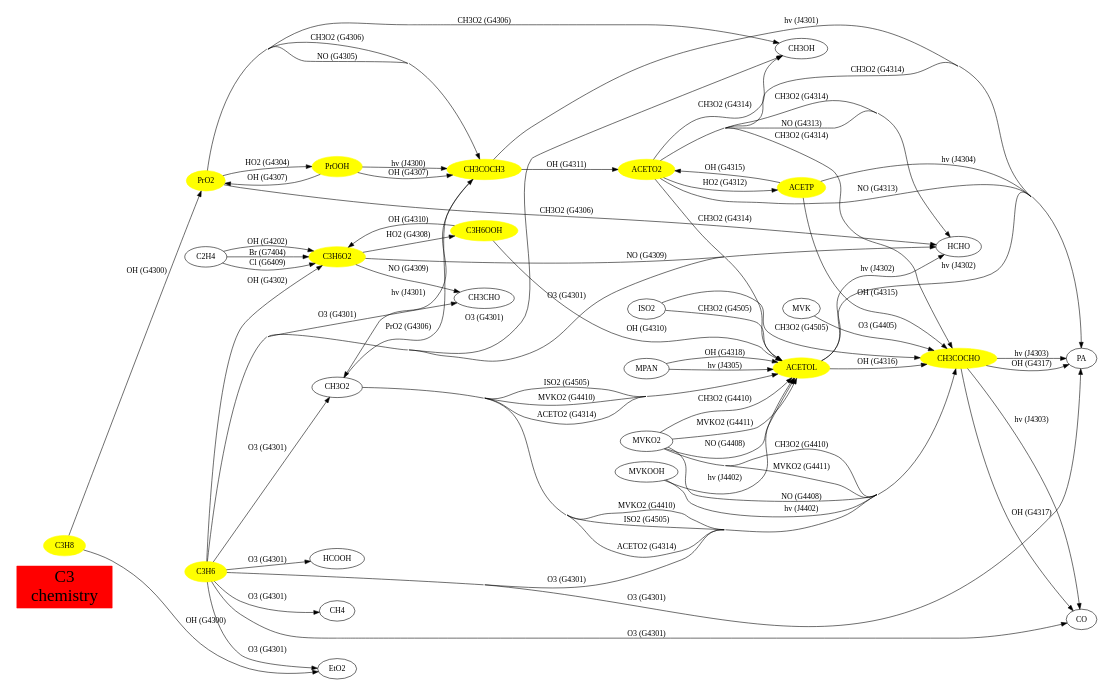
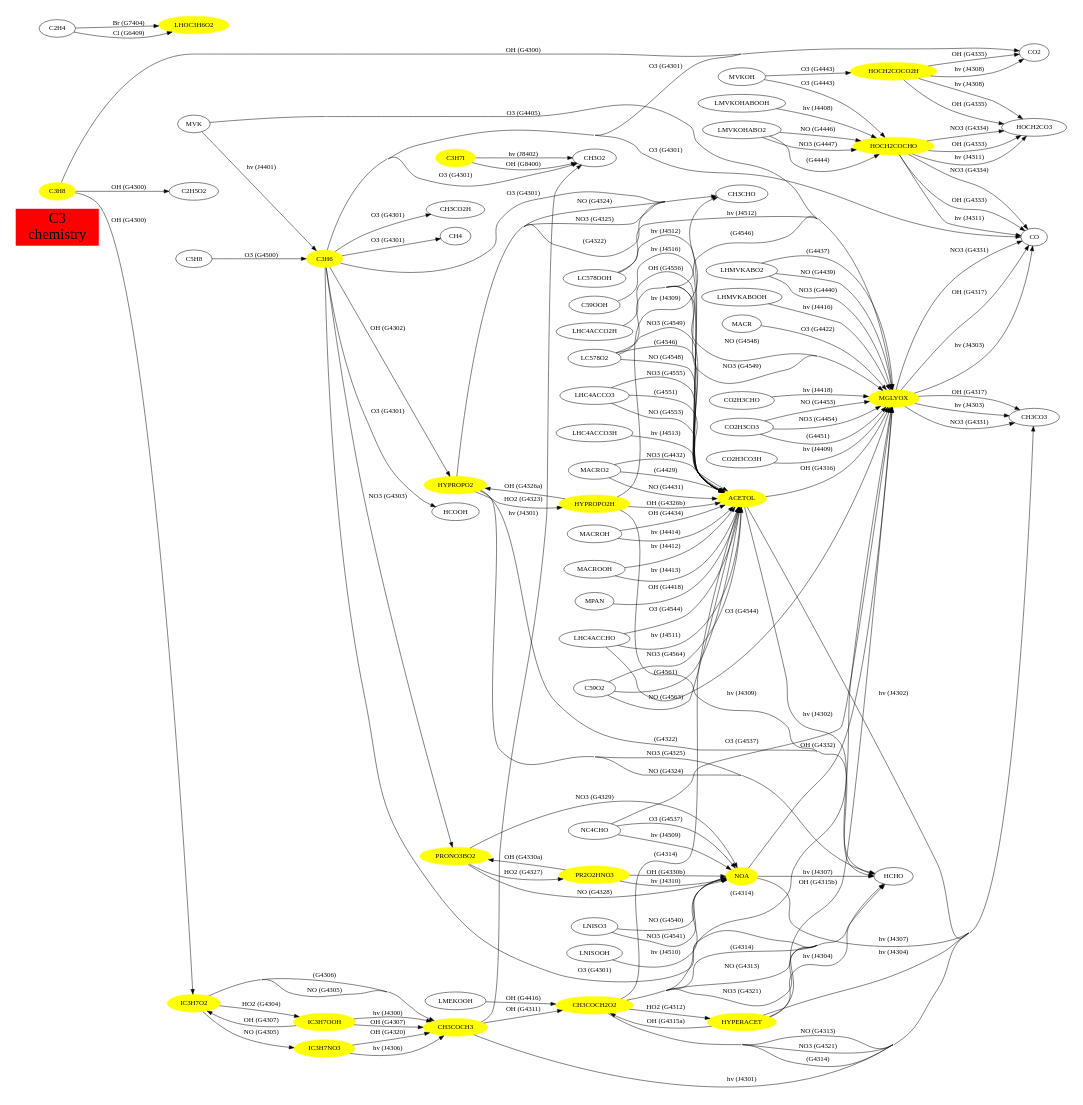
The diagram in mecca/graphviz/C3.dot (HartwigHarder/CAABA), drawn with Graphviz before and after one commit. The commit also changed 218 other files, not shown here.

```diff
--- a/mecca/graphviz/C3.dot
+++ b/mecca/graphviz/C3.dot
@@ -1,95 +1,168 @@
 // Created automatically by xgraphviz, DO NOT EDIT!
 digraph C3 {
   concentrate=true;
   rankdir=LR;
   size="8,8";
 "C3\nchemistry"
   [shape=box, fontsize=30,
   style="filled", color=red];
 subgraph species {
 node[shape=oval,
   color=yellow,
   style="filled"];
-ACETO2
 ACETOL
-ACETP
 C3H6
-C3H6O2
-C3H6OOH
+C3H7I
 C3H8
+CH3COCH2O2
 CH3COCH3
-CH3COCHO
-PrO2
-PrOOH
+HOCH2COCHO
+HOCH2COCO2H
+HYPERACET
+HYPROPO2
+HYPROPO2H
+IC3H7NO3
+IC3H7O2
+IC3H7OOH
+LHOC3H6O2
+MGLYOX
+NOA
+PR2O2HNO3
+PRONO3BO2
 }
-ACETO2 -> ACETOL [label = "CH3O2 (G4314)"];
-ACETO2 -> ACETP [label = "HO2 (G4312)"];
-ACETO2 -> CH3COCHO [label = "CH3O2 (G4314)"];
-ACETO2 -> CH3OH [label = "CH3O2 (G4314)"];
-ACETO2 -> HCHO [label = "CH3O2 (G4314)"];
-ACETO2 -> HCHO [label = "NO (G4313)"];
-ACETO2 -> PA [label = "CH3O2 (G4314)"];
-ACETO2 -> PA [label = "NO (G4313)"];
-ACETOL -> CH3COCHO [label = "OH (G4316)"];
+ACETOL -> CH3CO3 [label = "hv (J4302)"];
 ACETOL -> HCHO [label = "hv (J4302)"];
-ACETOL -> PA [label = "hv (J4302)"];
-ACETP -> ACETO2 [label = "OH (G4315)"];
-ACETP -> CH3COCHO [label = "OH (G4315)"];
-ACETP -> PA [label = "hv (J4304)"];
-C2H4 -> C3H6O2 [label = "Br (G7404)"];
-C2H4 -> C3H6O2 [label = "Cl (G6409)"];
-C2H4 -> C3H6O2 [label = "OH (G4202)"];
-C3H6 -> C3H6O2 [label = "OH (G4302)"];
+ACETOL -> MGLYOX [label = "OH (G4316)"];
+C2H4 -> LHOC3H6O2 [label = "Br (G7404)"];
+C2H4 -> LHOC3H6O2 [label = "Cl (G6409)"];
 C3H6 -> CH3CHO [label = "O3 (G4301)"];
-C3H6 -> CH3COCHO [label = "O3 (G4301)"];
+C3H6 -> CH3CO2H [label = "O3 (G4301)"];
 C3H6 -> CH3O2 [label = "O3 (G4301)"];
-C3H6 -> CH3OH [label = "O3 (G4301)"];
 C3H6 -> CH4 [label = "O3 (G4301)"];
 C3H6 -> CO [label = "O3 (G4301)"];
-C3H6 -> EtO2 [label = "O3 (G4301)"];
+C3H6 -> CO2 [label = "O3 (G4301)"];
 C3H6 -> HCHO [label = "O3 (G4301)"];
 C3H6 -> HCOOH [label = "O3 (G4301)"];
-C3H6 -> PA [label = "O3 (G4301)"];
-C3H6O2 -> C3H6OOH [label = "HO2 (G4308)"];
-C3H6O2 -> CH3CHO [label = "NO (G4309)"];
-C3H6O2 -> HCHO [label = "NO (G4309)"];
-C3H6OOH -> ACETOL [label = "OH (G4310)"];
-C3H6OOH -> C3H6O2 [label = "OH (G4310)"];
-C3H8 -> EtO2 [label = "OH (G4300)"];
-C3H8 -> PrO2 [label = "OH (G4300)"];
-CH3COCH3 -> ACETO2 [label = "OH (G4311)"];
+C3H6 -> HYPROPO2 [label = "OH (G4302)"];
+C3H6 -> PRONO3BO2 [label = "NO3 (G4303)"];
+C3H7I -> CH3O2 [label = "OH (G8400)"];
+C3H7I -> CH3O2 [label = "hv (J8402)"];
+C3H8 -> C2H5O2 [label = "OH (G4300)"];
+C3H8 -> CO2 [label = "OH (G4300)"];
+C3H8 -> IC3H7O2 [label = "OH (G4300)"];
+C59O2 -> ACETOL [label = " (G4561)"];
+C59O2 -> ACETOL [label = "NO (G4563)"];
+C59O2 -> ACETOL [label = "NO3 (G4564)"];
+C59OOH -> ACETOL [label = "hv (J4516)"];
+C5H8 -> C3H6 [label = "O3 (G4500)"];
+CH3COCH2O2 -> ACETOL [label = " (G4314)"];
+CH3COCH2O2 -> CH3CO3 [label = " (G4314)"];
+CH3COCH2O2 -> CH3CO3 [label = "NO (G4313)"];
+CH3COCH2O2 -> CH3CO3 [label = "NO3 (G4321)"];
+CH3COCH2O2 -> HCHO [label = " (G4314)"];
+CH3COCH2O2 -> HCHO [label = "NO (G4313)"];
+CH3COCH2O2 -> HCHO [label = "NO3 (G4321)"];
+CH3COCH2O2 -> HYPERACET [label = "HO2 (G4312)"];
+CH3COCH2O2 -> MGLYOX [label = " (G4314)"];
+CH3COCH3 -> CH3CO3 [label = "hv (J4301)"];
+CH3COCH3 -> CH3COCH2O2 [label = "OH (G4311)"];
 CH3COCH3 -> CH3O2 [label = "hv (J4301)"];
-CH3COCH3 -> PA [label = "hv (J4301)"];
-CH3COCHO -> CO [label = "OH (G4317)"];
-CH3COCHO -> CO [label = "hv (J4303)"];
-CH3COCHO -> PA [label = "OH (G4317)"];
-CH3COCHO -> PA [label = "hv (J4303)"];
-CH3O2 -> ACETOL [label = "ACETO2 (G4314)"];
-CH3O2 -> ACETOL [label = "ISO2 (G4505)"];
-CH3O2 -> ACETOL [label = "MVKO2 (G4410)"];
-CH3O2 -> CH3COCH3 [label = "PrO2 (G4306)"];
-CH3O2 -> CH3COCHO [label = "ACETO2 (G4314)"];
-CH3O2 -> CH3COCHO [label = "ISO2 (G4505)"];
-CH3O2 -> CH3COCHO [label = "MVKO2 (G4410)"];
-ISO2 -> ACETOL [label = "CH3O2 (G4505)"];
-ISO2 -> CH3COCHO [label = "CH3O2 (G4505)"];
-MPAN -> ACETOL [label = "OH (G4318)"];
-MPAN -> ACETOL [label = "hv (J4305)"];
-MVK -> CH3COCHO [label = "O3 (G4405)"];
-MVKO2 -> ACETOL [label = "CH3O2 (G4410)"];
-MVKO2 -> ACETOL [label = "MVKO2 (G4411)"];
-MVKO2 -> ACETOL [label = "NO (G4408)"];
-MVKO2 -> CH3COCHO [label = "CH3O2 (G4410)"];
-MVKO2 -> CH3COCHO [label = "MVKO2 (G4411)"];
-MVKO2 -> CH3COCHO [label = "NO (G4408)"];
-MVKOOH -> ACETOL [label = "hv (J4402)"];
-MVKOOH -> CH3COCHO [label = "hv (J4402)"];
-PrO2 -> CH3COCH3 [label = "CH3O2 (G4306)"];
-PrO2 -> CH3COCH3 [label = "NO (G4305)"];
-PrO2 -> CH3OH [label = "CH3O2 (G4306)"];
-PrO2 -> HCHO [label = "CH3O2 (G4306)"];
-PrO2 -> PrOOH [label = "HO2 (G4304)"];
-PrOOH -> CH3COCH3 [label = "OH (G4307)"];
-PrOOH -> CH3COCH3 [label = "hv (J4300)"];
-PrOOH -> PrO2 [label = "OH (G4307)"];
+CO2H3CHO -> MGLYOX [label = "hv (J4418)"];
+CO2H3CO3 -> MGLYOX [label = " (G4451)"];
+CO2H3CO3 -> MGLYOX [label = "NO (G4453)"];
+CO2H3CO3 -> MGLYOX [label = "NO3 (G4454)"];
+CO2H3CO3H -> MGLYOX [label = "hv (J4409)"];
+HOCH2COCHO -> CO [label = "NO3 (G4334)"];
+HOCH2COCHO -> CO [label = "OH (G4333)"];
+HOCH2COCHO -> CO [label = "hv (J4311)"];
+HOCH2COCHO -> HOCH2CO3 [label = "NO3 (G4334)"];
+HOCH2COCHO -> HOCH2CO3 [label = "OH (G4333)"];
+HOCH2COCHO -> HOCH2CO3 [label = "hv (J4311)"];
+HOCH2COCO2H -> CO2 [label = "OH (G4335)"];
+HOCH2COCO2H -> CO2 [label = "hv (J4308)"];
+HOCH2COCO2H -> HOCH2CO3 [label = "OH (G4335)"];
+HOCH2COCO2H -> HOCH2CO3 [label = "hv (J4308)"];
+HYPERACET -> CH3CO3 [label = "hv (J4304)"];
+HYPERACET -> CH3COCH2O2 [label = "OH (G4315a)"];
+HYPERACET -> HCHO [label = "hv (J4304)"];
+HYPERACET -> MGLYOX [label = "OH (G4315b)"];
+HYPROPO2 -> CH3CHO [label = " (G4322)"];
+HYPROPO2 -> CH3CHO [label = "NO (G4324)"];
+HYPROPO2 -> CH3CHO [label = "NO3 (G4325)"];
+HYPROPO2 -> HCHO [label = " (G4322)"];
+HYPROPO2 -> HCHO [label = "NO (G4324)"];
+HYPROPO2 -> HCHO [label = "NO3 (G4325)"];
+HYPROPO2 -> HYPROPO2H [label = "HO2 (G4323)"];
+HYPROPO2H -> ACETOL [label = "OH (G4326b)"];
+HYPROPO2H -> CH3CHO [label = "hv (J4309)"];
+HYPROPO2H -> HCHO [label = "hv (J4309)"];
+HYPROPO2H -> HYPROPO2 [label = "OH (G4326a)"];
+IC3H7NO3 -> CH3COCH3 [label = "OH (G4320)"];
+IC3H7NO3 -> CH3COCH3 [label = "hv (J4306)"];
+IC3H7O2 -> CH3COCH3 [label = " (G4306)"];
+IC3H7O2 -> CH3COCH3 [label = "NO (G4305)"];
+IC3H7O2 -> IC3H7NO3 [label = "NO (G4305)"];
+IC3H7O2 -> IC3H7OOH [label = "HO2 (G4304)"];
+IC3H7OOH -> CH3COCH3 [label = "OH (G4307)"];
+IC3H7OOH -> CH3COCH3 [label = "hv (J4300)"];
+IC3H7OOH -> IC3H7O2 [label = "OH (G4307)"];
+LC578O2 -> ACETOL [label = " (G4546)"];
+LC578O2 -> ACETOL [label = "NO (G4548)"];
+LC578O2 -> ACETOL [label = "NO3 (G4549)"];
+LC578O2 -> MGLYOX [label = " (G4546)"];
+LC578O2 -> MGLYOX [label = "NO (G4548)"];
+LC578O2 -> MGLYOX [label = "NO3 (G4549)"];
+LC578OOH -> ACETOL [label = "hv (J4512)"];
+LC578OOH -> MGLYOX [label = "hv (J4512)"];
+LHC4ACCHO -> ACETOL [label = "O3 (G4544)"];
+LHC4ACCHO -> ACETOL [label = "hv (J4511)"];
+LHC4ACCHO -> MGLYOX [label = "O3 (G4544)"];
+LHC4ACCO2H -> ACETOL [label = "OH (G4556)"];
+LHC4ACCO3 -> ACETOL [label = " (G4551)"];
+LHC4ACCO3 -> ACETOL [label = "NO (G4553)"];
+LHC4ACCO3 -> ACETOL [label = "NO3 (G4555)"];
+LHC4ACCO3H -> ACETOL [label = "hv (J4513)"];
+LHMVKABO2 -> MGLYOX [label = " (G4437)"];
+LHMVKABO2 -> MGLYOX [label = "NO (G4439)"];
+LHMVKABO2 -> MGLYOX [label = "NO3 (G4440)"];
+LHMVKABOOH -> MGLYOX [label = "hv (J4416)"];
+LMEKOOH -> CH3COCH2O2 [label = "OH (G4416)"];
+LMVKOHABO2 -> HOCH2COCHO [label = " (G4444)"];
+LMVKOHABO2 -> HOCH2COCHO [label = "NO (G4446)"];
+LMVKOHABO2 -> HOCH2COCHO [label = "NO3 (G4447)"];
+LMVKOHABOOH -> HOCH2COCHO [label = "hv (J4408)"];
+LNISO3 -> NOA [label = "NO (G4540)"];
+LNISO3 -> NOA [label = "NO3 (G4541)"];
+LNISOOH -> NOA [label = "hv (J4510)"];
+MACR -> MGLYOX [label = "O3 (G4422)"];
+MACRO2 -> ACETOL [label = " (G4429)"];
+MACRO2 -> ACETOL [label = "NO (G4431)"];
+MACRO2 -> ACETOL [label = "NO3 (G4432)"];
+MACROH -> ACETOL [label = "OH (G4434)"];
+MACROH -> ACETOL [label = "hv (J4414)"];
+MACROOH -> ACETOL [label = "hv (J4412)"];
+MACROOH -> ACETOL [label = "hv (J4413)"];
+MGLYOX -> CH3CO3 [label = "NO3 (G4331)"];
+MGLYOX -> CH3CO3 [label = "OH (G4317)"];
+MGLYOX -> CH3CO3 [label = "hv (J4303)"];
+MGLYOX -> CO [label = "NO3 (G4331)"];
+MGLYOX -> CO [label = "OH (G4317)"];
+MGLYOX -> CO [label = "hv (J4303)"];
+MPAN -> ACETOL [label = "OH (G4418)"];
+MVK -> C3H6 [label = "hv (J4401)"];
+MVK -> MGLYOX [label = "O3 (G4405)"];
+MVKOH -> HOCH2COCHO [label = "O3 (G4443)"];
+MVKOH -> HOCH2COCO2H [label = "O3 (G4443)"];
+NC4CHO -> MGLYOX [label = "O3 (G4537)"];
+NC4CHO -> NOA [label = "O3 (G4537)"];
+NC4CHO -> NOA [label = "hv (J4509)"];
+NOA -> CH3CO3 [label = "hv (J4307)"];
+NOA -> HCHO [label = "hv (J4307)"];
+NOA -> MGLYOX [label = "OH (G4332)"];
+PR2O2HNO3 -> NOA [label = "OH (G4330b)"];
+PR2O2HNO3 -> NOA [label = "hv (J4310)"];
+PR2O2HNO3 -> PRONO3BO2 [label = "OH (G4330a)"];
+PRONO3BO2 -> NOA [label = "NO (G4328)"];
+PRONO3BO2 -> NOA [label = "NO3 (G4329)"];
+PRONO3BO2 -> PR2O2HNO3 [label = "HO2 (G4327)"];
 }
```
